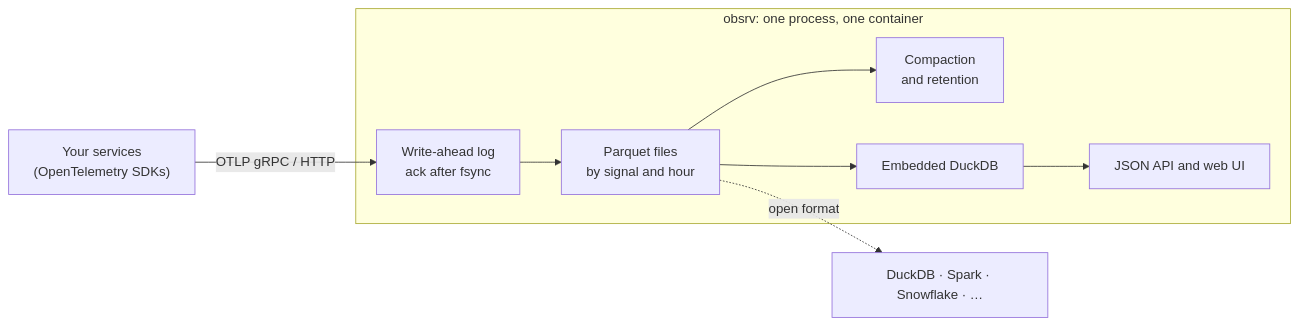
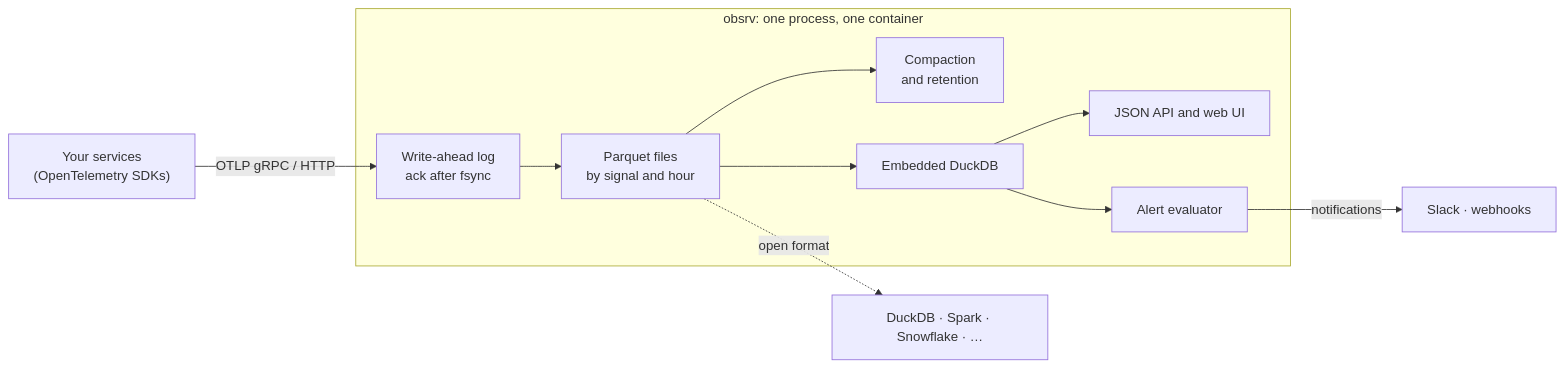
One commit to mtk14m/observ changed the diagram in README.md. Above: the diagram before and after it, drawn with Mermaid. The commit also changed other lines of this file and 3 other files, not shown here.

````diff
--- a/README.md
+++ b/README.md
@@ -137,11 +148,13 @@
 ```mermaid
 flowchart LR
     apps["Your services<br/>(OpenTelemetry SDKs)"] -- "OTLP gRPC / HTTP" --> wal
     subgraph obsrv ["obsrv: one process, one container"]
         wal["Write-ahead log<br/>ack after fsync"] --> parquet["Parquet files<br/>by signal and hour"]
         parquet --> compactor["Compaction<br/>and retention"]
         parquet --> duckdb["Embedded DuckDB"]
         duckdb --> ui["JSON API and web UI"]
+        duckdb --> alerts["Alert evaluator"]
     end
+    alerts -- "notifications" --> chat["Slack · webhooks"]
     parquet -. "open format" .-> tools["DuckDB · Spark · Snowflake · …"]
 ```
````
